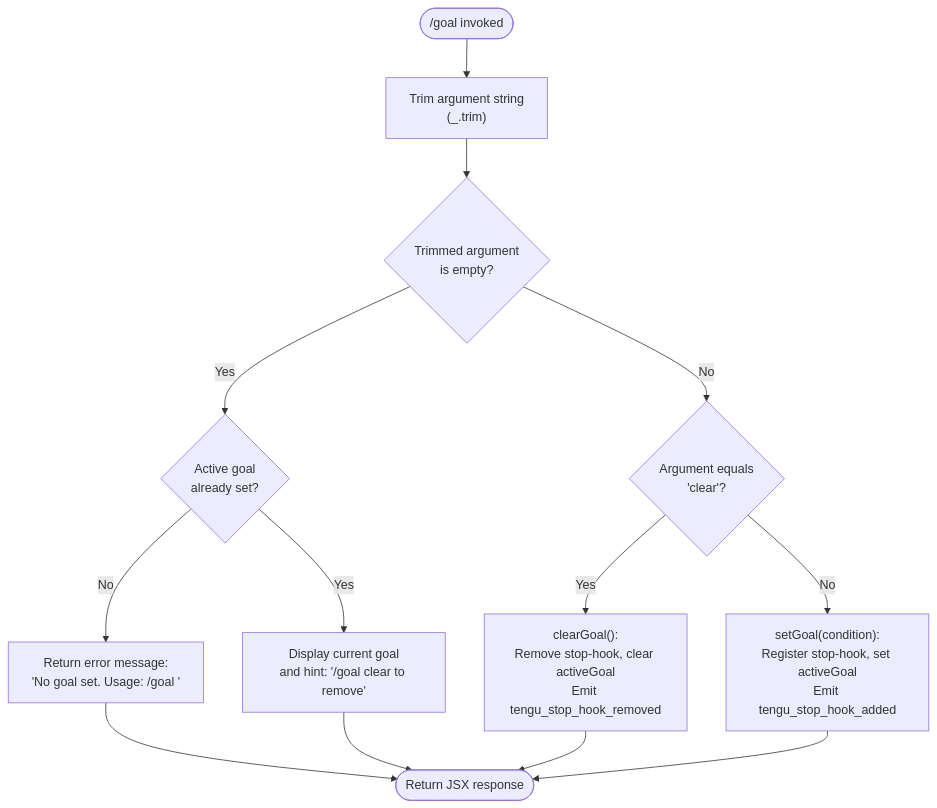
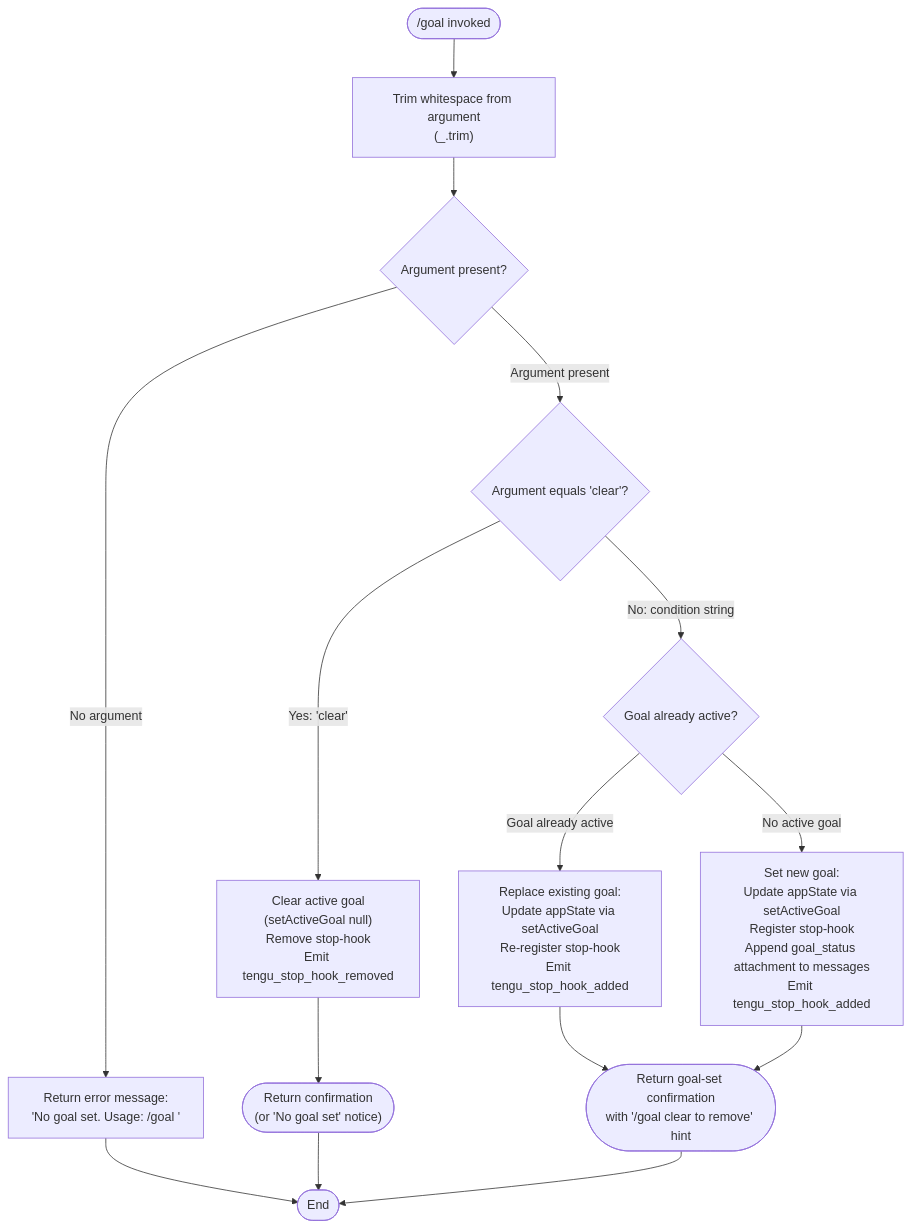
Before and after one commit to MyLittleLuckyDog/cc-gnothi: the diagram in versions/v2.1.133/goal.md, drawn with Mermaid. The commit also changed other lines of this file and 95 other files, not shown here.

````diff
--- a/versions/v2.1.133/goal.md
+++ b/versions/v2.1.133/goal.md
@@ -48,15 +60,17 @@
 ```mermaid
 flowchart TD
-    A(["/goal invoked"]) --> B["Trim argument string\n(_.trim)"]
-    B --> C{Trimmed argument\nis empty?}
-    C -- Yes --> D{Active goal\nalready set?}
-    D -- No --> E["Return error message:\n'No goal set. Usage: /goal <condition>'"]
-    D -- Yes --> F["Display current goal\nand hint: '/goal clear to remove'"]
-    C -- No --> G{Argument equals\n'clear'?}
-    G -- Yes --> H["clearGoal():\nRemove stop-hook, clear activeGoal\nEmit tengu_stop_hook_removed"]
-    G -- No --> I["setGoal(condition):\nRegister stop-hook, set activeGoal\nEmit tengu_stop_hook_added"]
-    E --> Z([Return JSX response])
-    F --> Z
-    H --> Z
-    I --> Z
+    A(["/goal invoked"]) --> B["Trim whitespace from argument\n(_.trim)"]
+    B --> C{Argument present?}
+    C -- "No argument" --> D["Return error message:\n'No goal set. Usage: /goal <condition>'"]
+    C -- "Argument present" --> E{Argument equals 'clear'?}
+    E -- "Yes: 'clear'" --> F["Clear active goal\n(setActiveGoal null)\nRemove stop-hook\nEmit tengu_stop_hook_removed"]
+    E -- "No: condition string" --> G{Goal already active?}
+    G -- "Goal already active" --> H["Replace existing goal:\nUpdate appState via setActiveGoal\nRe-register stop-hook\nEmit tengu_stop_hook_added"]
+    G -- "No active goal" --> I["Set new goal:\nUpdate appState via setActiveGoal\nRegister stop-hook\nAppend goal_status attachment to messages\nEmit tengu_stop_hook_added"]
+    F --> J(["Return confirmation\n(or 'No goal set' notice)"])
+    H --> K(["Return goal-set confirmation\nwith '/goal clear to remove' hint"])
+    I --> K
+    D --> Z([End])
+    J --> Z
+    K --> Z
 ```
````
